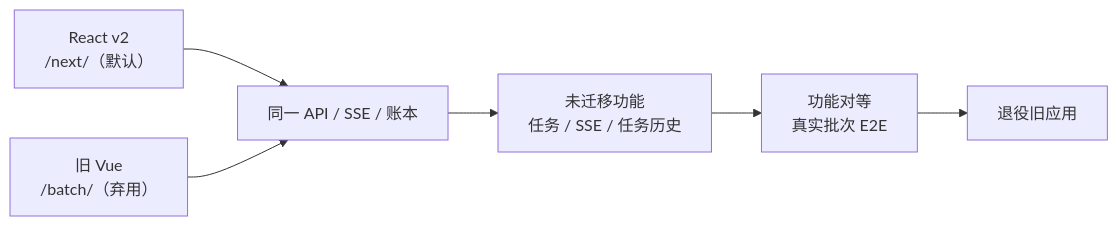
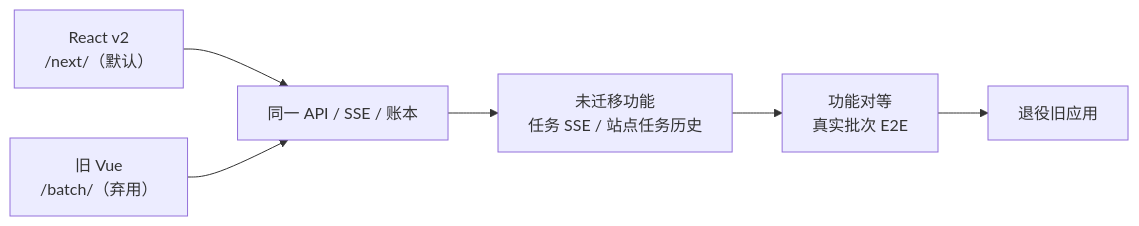
The diagram in docs/adr/0012-前端v2技术栈与设计系统.md (xuchaoxin1375/ai-ecom-crawler), drawn with Mermaid before and after one commit. The commit also changed other lines of this file and 34 other files, not shown here.

````diff
--- a/docs/adr/0012-前端v2技术栈与设计系统.md
+++ b/docs/adr/0012-前端v2技术栈与设计系统.md
@@ -104,8 +104,8 @@
 ```mermaid
 flowchart LR
     R["React v2<br>/next/（默认）"] --> P["同一 API / SSE / 账本"]
     V["旧 Vue<br>/batch/（弃用）"] --> P
-    P --> S["未迁移功能<br>任务 / SSE / 任务历史"]
+    P --> S["未迁移功能<br>任务 SSE / 站点任务历史"]
     S --> C["功能对等<br>真实批次 E2E"]
     C --> E["退役旧应用"]
 ```
````
